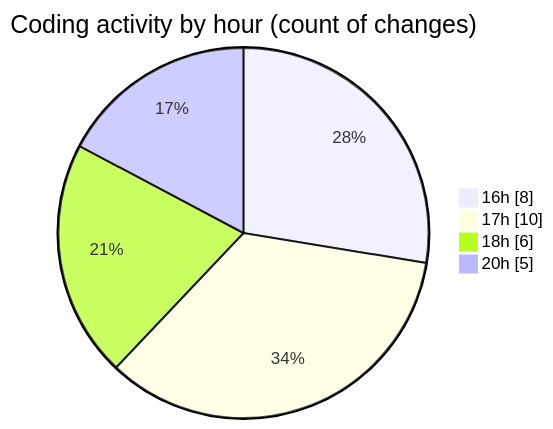
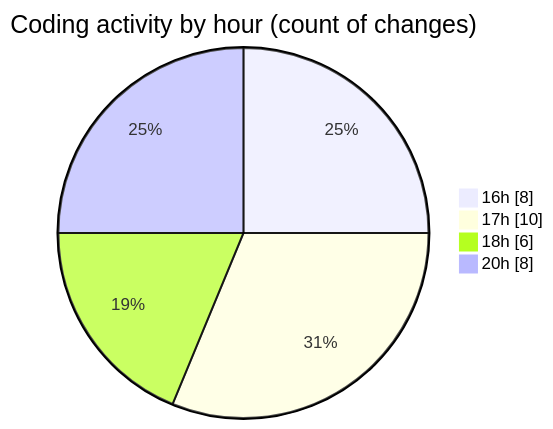
The second of 2 diagrams in 2025-02-06/react_ecom/README.md (Elitesun/code-tracking), drawn with Mermaid before and after one commit. The commit also changed other lines of this file and 1 other file, not shown here.

````diff
--- a/2025-02-06/react_ecom/README.md
+++ b/2025-02-06/react_ecom/README.md
@@ -34,8 +34,8 @@
 ```mermaid
 pie showData
 title Coding activity by hour (count of changes)
 "16h" : 8
 "17h" : 10
 "18h" : 6
-"20h" : 5
+"20h" : 8
 ```
````
